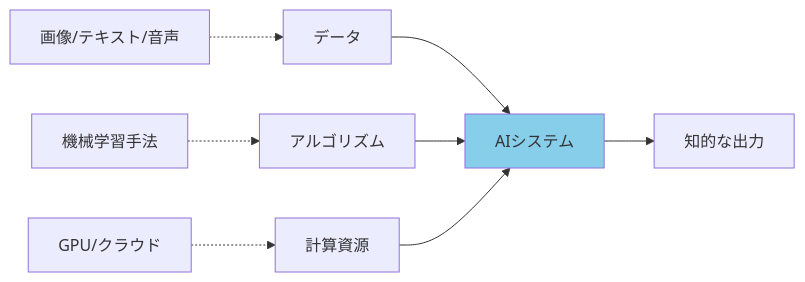
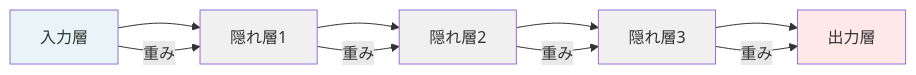
Before and after one commit to SparklingDetergent/doc_genai_mental_model: the third of 8 diagrams in AI/Structure.Md, drawn with Mermaid. The commit also changed other lines of this file, not shown here.

````diff
--- a/AI/Structure.Md
+++ b/AI/Structure.Md
@@ -54,13 +104,18 @@
 ```mermaid
 graph LR
-    A[データ] --> D[AIシステム]
-    B[アルゴリズム] --> D
-    C[計算資源] --> D
-    D --> E[知的な出力]
+    A[入力層] --> B[隠れ層1]
+    B --> C[隠れ層2]
+    C --> D[隠れ層3]
+    D --> E[出力層]
     
-    A1[画像/テキスト/音声] -.-> A
-    B1[機械学習手法] -.-> B
-    C1[GPU/クラウド] -.-> C
+    A --> |重み| B
+    B --> |重み| C
+    C --> |重み| D
+    D --> |重み| E
     
-    style D fill:#87CEEB
+    style A fill:#E8F4F8
+    style E fill:#FFE8E8
+    style B fill:#F0F0F0
+    style C fill:#F0F0F0
+    style D fill:#F0F0F0
 ```
````
